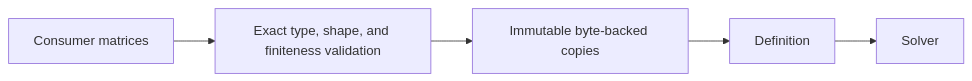
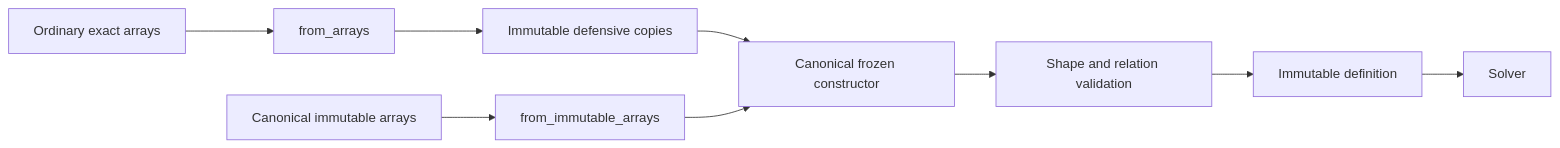
Before and after one commit to eragasa/projectkoios-optimization: the diagram in docs/architecture/projectkoios/optimization/alignment/batched_procrustes/numpy/contract/NumpyBatchedComplexUnitaryProcrustesDefinition/schematics.md, drawn with Mermaid. The commit also changed 31 other files, not shown here.

````diff
--- a/docs/architecture/projectkoios/optimization/alignment/batched_procrustes/numpy/contract/NumpyBatchedComplexUnitaryProcrustesDefinition/schematics.md
+++ b/docs/architecture/projectkoios/optimization/alignment/batched_procrustes/numpy/contract/NumpyBatchedComplexUnitaryProcrustesDefinition/schematics.md
@@ -3,7 +3,11 @@
 ```mermaid
 flowchart LR
-    C[Consumer matrices] --> V[Exact type, shape, and finiteness validation]
-    V --> I[Immutable byte-backed copies]
-    I --> D[Definition]
-    D --> S[Solver]
+    Ordinary[Ordinary exact arrays] --> Copy[from_arrays]
+    Copy --> Defensive[Immutable defensive copies]
+    Canonical[Canonical immutable arrays] --> Zero[from_immutable_arrays]
+    Defensive --> Raw[Canonical frozen constructor]
+    Zero --> Raw
+    Raw --> Validate[Shape and relation validation]
+    Validate --> Definition[Immutable definition]
+    Definition --> Solver[Solver]
 ```
````
